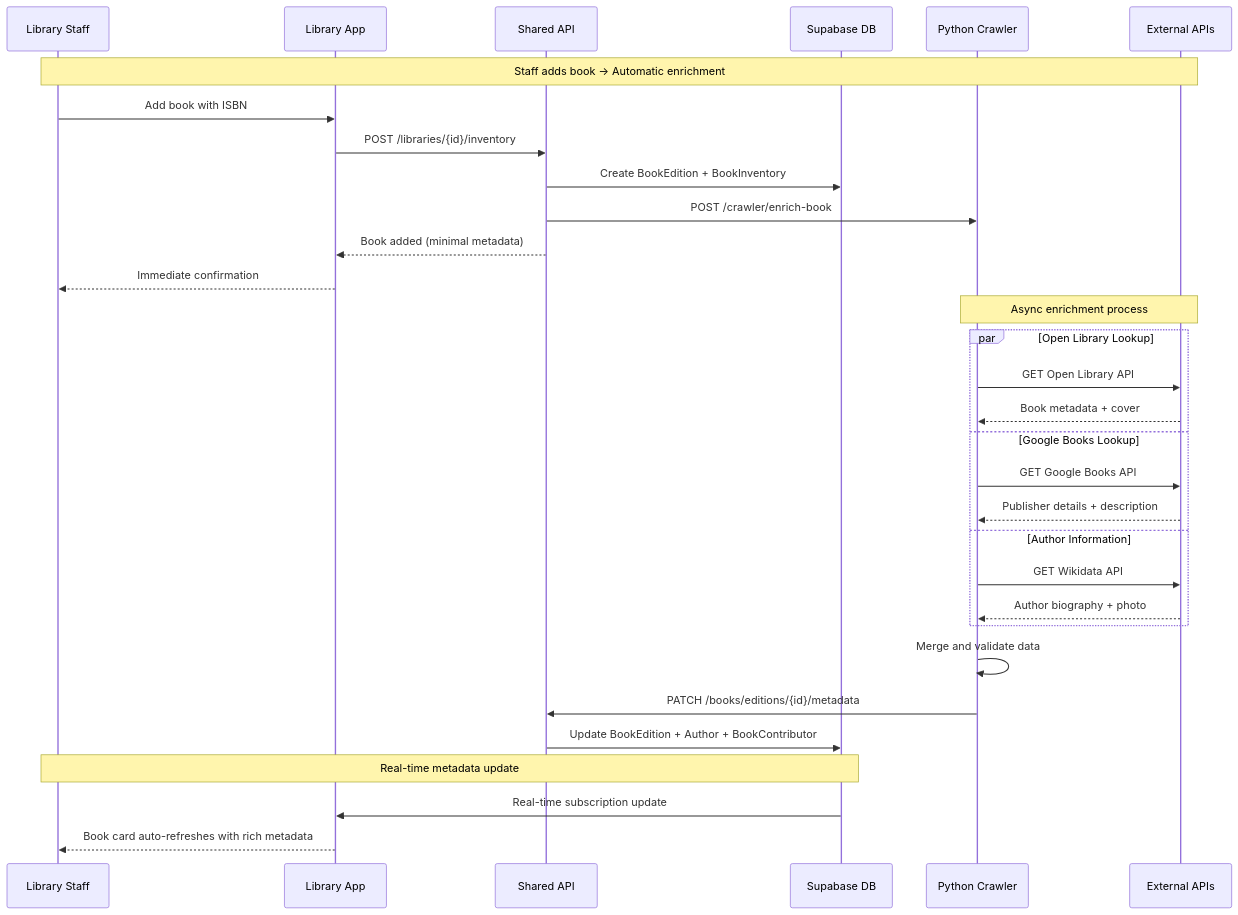
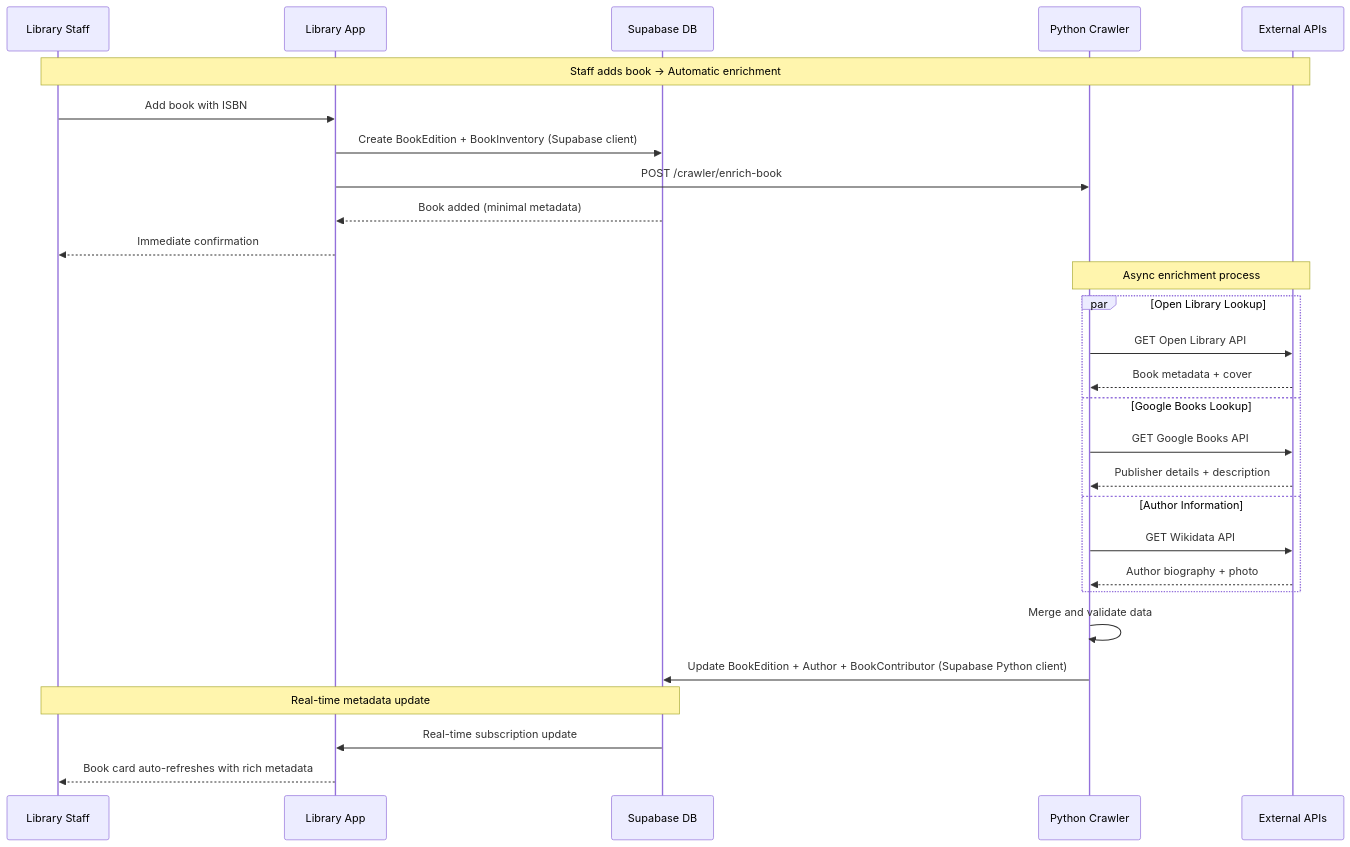
One commit to tronghieu/ezlib changed the fourth of 5 diagrams in docs/architecture.md. Above: the diagram before and after it, drawn with Mermaid. The commit also changed other lines of this file and 2 other files, not shown here.

Commit message:
Upgrade architecture docs

````diff
--- a/docs/architecture.md
+++ b/docs/architecture.md
@@ -1207,39 +1183,36 @@
 ```mermaid
 sequenceDiagram
     participant LS as Library Staff
     participant LA as Library App
-    participant API as Shared API
     participant DB as Supabase DB
     participant Crawler as Python Crawler
     participant ExtAPI as External APIs
 
     Note over LS,ExtAPI: Staff adds book → Automatic enrichment
 
     LS->>LA: Add book with ISBN
-    LA->>API: POST /libraries/{id}/inventory
-    API->>DB: Create BookEdition + BookInventory
-    API->>Crawler: POST /crawler/enrich-book
-    API-->>LA: Book added (minimal metadata)
+    LA->>DB: Create BookEdition + BookInventory (Supabase client)
+    LA->>Crawler: POST /crawler/enrich-book
+    DB-->>LA: Book added (minimal metadata)
     LA-->>LS: Immediate confirmation
 
     Note over Crawler,ExtAPI: Async enrichment process
     
     par Open Library Lookup
         Crawler->>ExtAPI: GET Open Library API
         ExtAPI-->>Crawler: Book metadata + cover
     and Google Books Lookup
         Crawler->>ExtAPI: GET Google Books API  
         ExtAPI-->>Crawler: Publisher details + description
     and Author Information
         Crawler->>ExtAPI: GET Wikidata API
         ExtAPI-->>Crawler: Author biography + photo
     end
 
     Crawler->>Crawler: Merge and validate data
-    Crawler->>API: PATCH /books/editions/{id}/metadata
-    API->>DB: Update BookEdition + Author + BookContributor
+    Crawler->>DB: Update BookEdition + Author + BookContributor (Supabase Python client)
     
     Note over DB,LS: Real-time metadata update
     DB->>LA: Real-time subscription update
     LA-->>LS: Book card auto-refreshes with rich metadata
 ```
````
